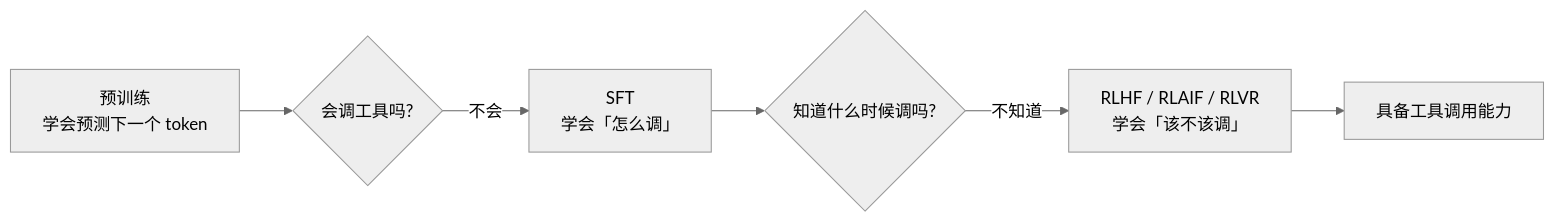
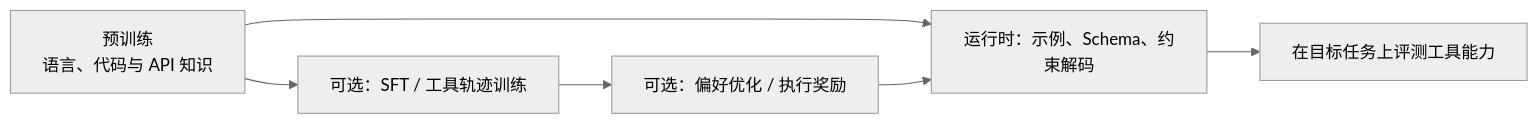
The first of 4 diagrams in docs/tools/01-function-calling/02-tool-learning.md (oneleaveknowsthefall/awesome-ai-roadmap), drawn with Mermaid (neutral theme) before and after one commit. The commit also changed other lines of this file and 50 other files, not shown here.

````diff
--- a/docs/tools/01-function-calling/02-tool-learning.md
+++ b/docs/tools/01-function-calling/02-tool-learning.md
@@ -17,8 +21,8 @@
 ```mermaid
 flowchart LR
-    PT["预训练<br/>学会预测下一个 token"] --> Q1{会调工具吗?}
-    Q1 -->|不会| SFT["SFT<br/>学会「怎么调」"]
-    SFT --> Q2{知道什么时候调吗?}
-    Q2 -->|不知道| RL["RLHF / RLAIF / RLVR<br/>学会「该不该调」"]
-    RL --> READY["具备工具调用能力"]
+    PT["预训练<br/>语言、代码与 API 知识"] --> SFT["可选：SFT / 工具轨迹训练"]
+    SFT --> RL["可选：偏好优化 / 执行奖励"]
+    PT --> RT["运行时：示例、Schema、约束解码"]
+    RL --> RT
+    RT --> READY["在目标任务上评测工具能力"]
 ```
````
